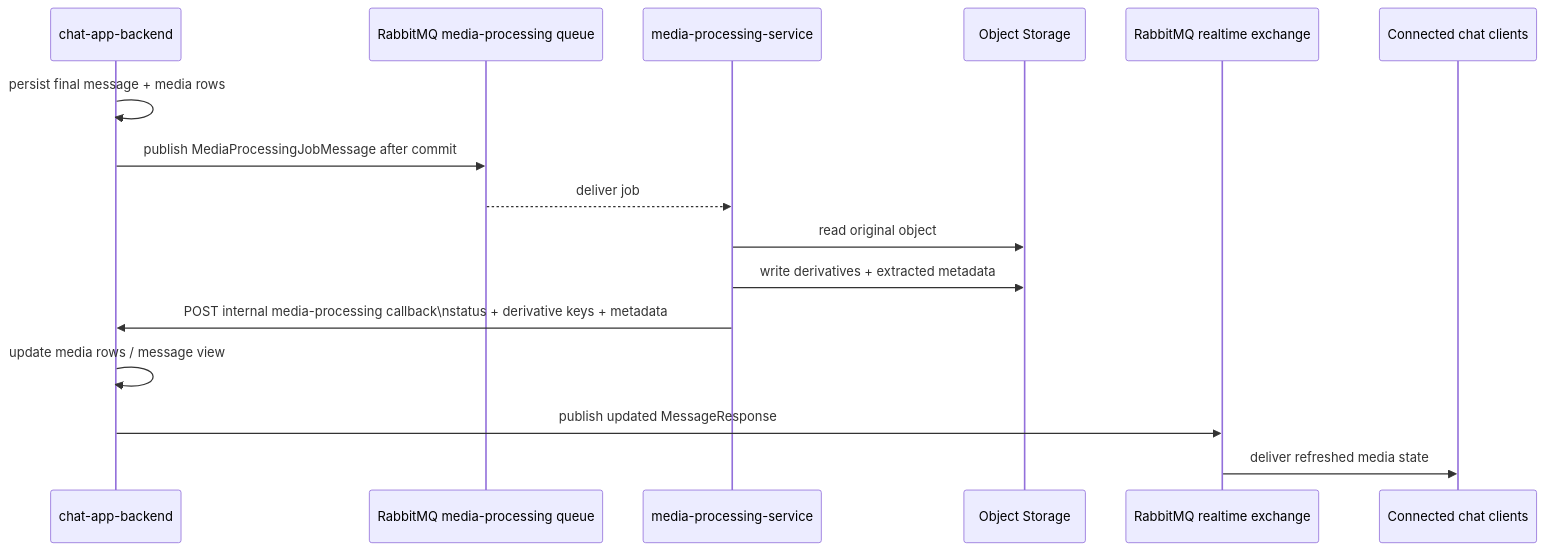
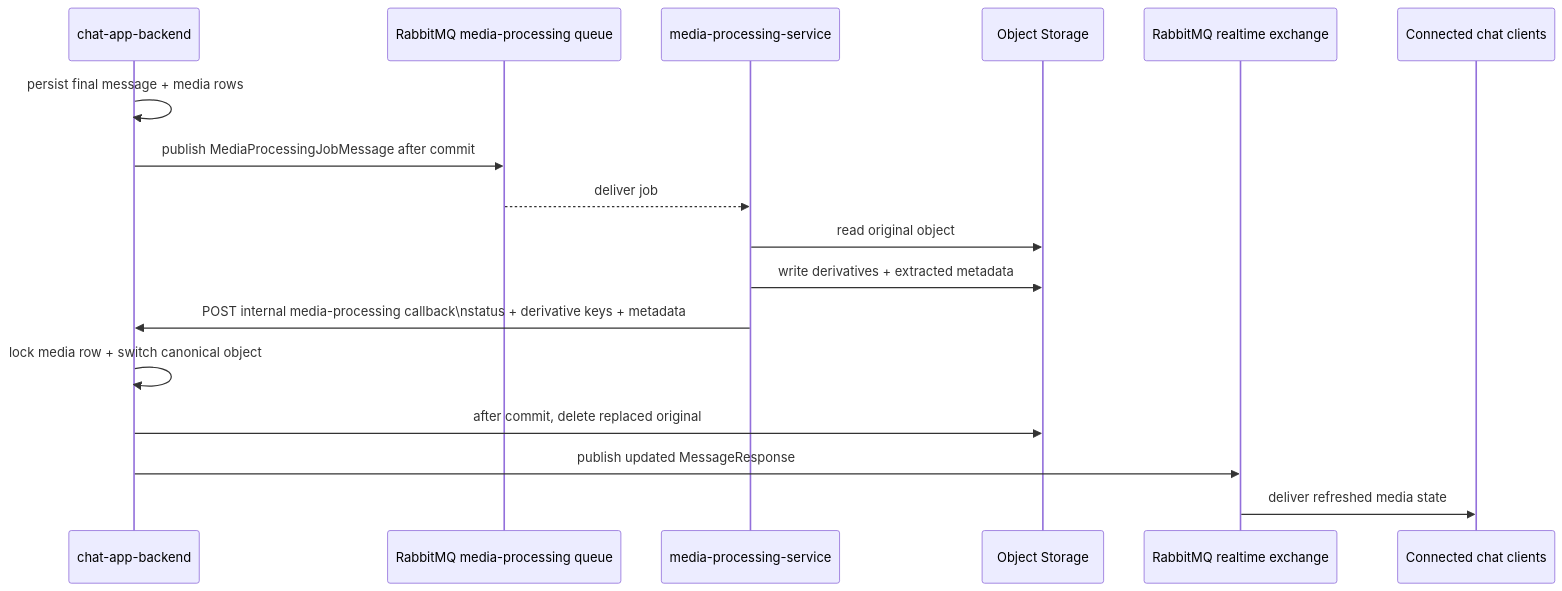
Before and after one commit to anhtuta/chat-app: the second of 2 diagrams in docs/29_MEDIA_PROCESSING_SERVICE.md, drawn with Mermaid. The commit also changed other lines of this file and 36 other files, not shown here.

````diff
--- a/docs/29_MEDIA_PROCESSING_SERVICE.md
+++ b/docs/29_MEDIA_PROCESSING_SERVICE.md
@@ -315,19 +315,20 @@
 ```mermaid
 sequenceDiagram
     participant Backend as chat-app-backend
     participant Jobs as RabbitMQ media-processing queue
     participant Worker as media-processing-service
     participant Storage as Object Storage
     participant Realtime as RabbitMQ realtime exchange
     participant Clients as Connected chat clients
 
     Backend->>Backend: persist final message + media rows
     Backend->>Jobs: publish MediaProcessingJobMessage after commit
     Jobs-->>Worker: deliver job
     Worker->>Storage: read original object
     Worker->>Storage: write derivatives + extracted metadata
     Worker->>Backend: POST internal media-processing callback\nstatus + derivative keys + metadata
-    Backend->>Backend: update media rows / message view
+    Backend->>Backend: lock media row + switch canonical object
+    Backend->>Storage: after commit, delete replaced original
     Backend->>Realtime: publish updated MessageResponse
     Realtime->>Clients: deliver refreshed media state
 ```
````
